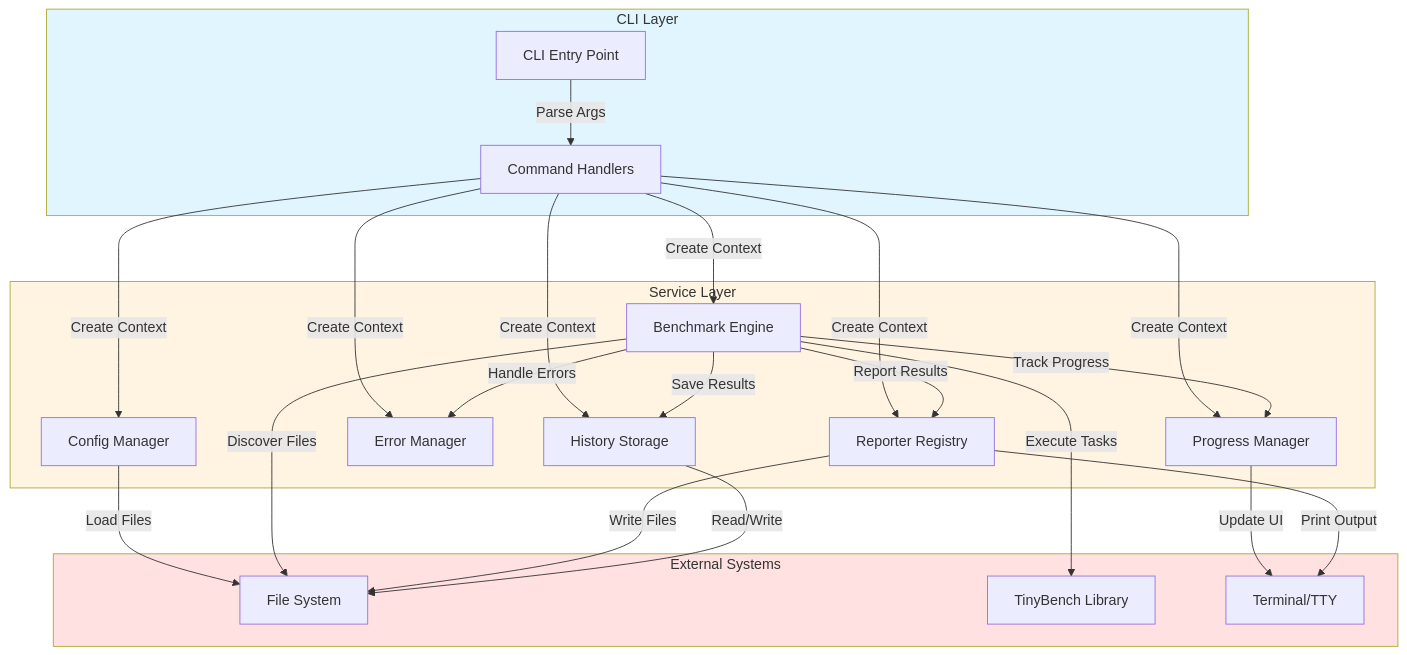
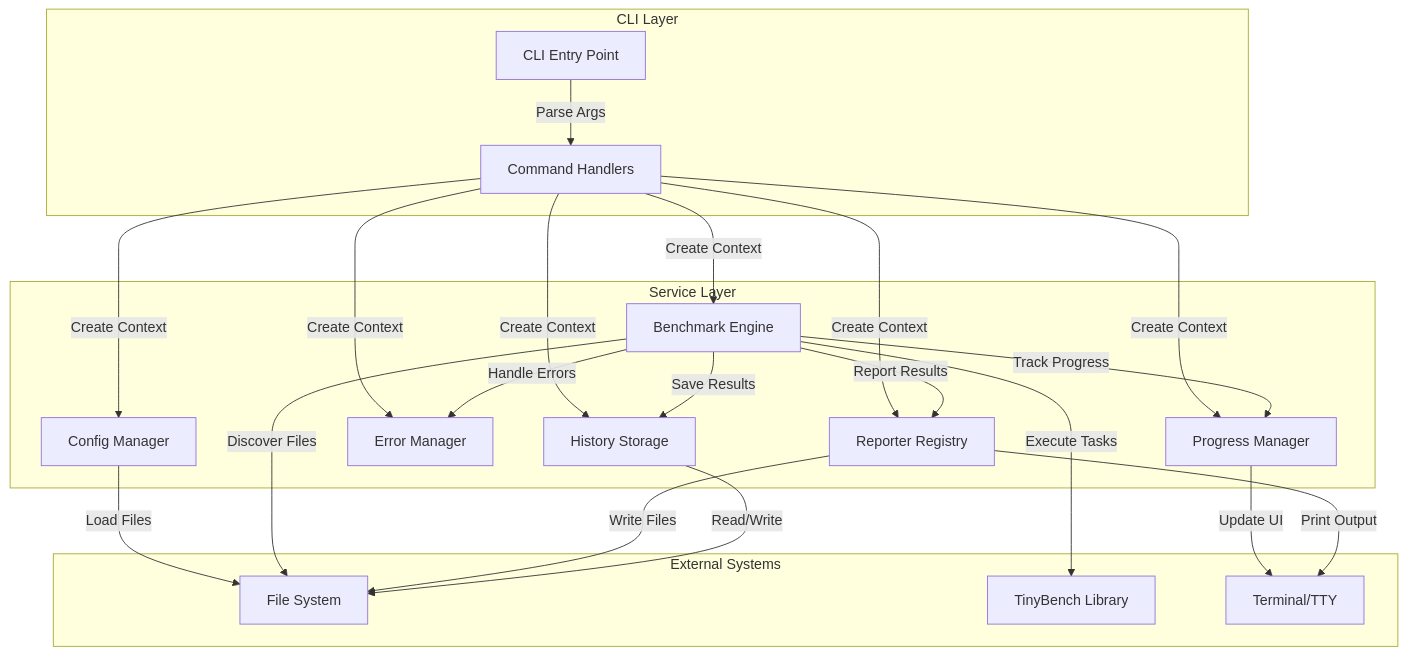
One commit to boneskull/modestbench changed the tenth of 11 diagrams in ARCHITECTURE.md. Above: the diagram before and after it, drawn with Mermaid. The commit also changed other lines of this file and 5 other files, not shown here.

Commit message:
docs(reference): fix mermaid graph

````diff
--- a/ARCHITECTURE.md
+++ b/ARCHITECTURE.md
@@ -1098,47 +1086,43 @@
 ```mermaid
 flowchart TB
     subgraph CLI["CLI Layer"]
         Entry[CLI Entry Point]
         Commands[Command Handlers]
     end
 
     subgraph Services["Service Layer"]
         Config[Config Manager]
         Engine[Benchmark Engine]
         Progress[Progress Manager]
         Error[Error Manager]
         Reporters[Reporter Registry]
         History[History Storage]
     end
 
     subgraph External["External Systems"]
         FS[File System]
         TinyBench[TinyBench Library]
         Terminal[Terminal/TTY]
     end
 
     Entry -->|Parse Args| Commands
     Commands -->|Create Context| Config
     Commands -->|Create Context| Engine
     Commands -->|Create Context| Progress
     Commands -->|Create Context| Error
     Commands -->|Create Context| Reporters
     Commands -->|Create Context| History
 
     Config -->|Load Files| FS
     Engine -->|Discover Files| FS
     Engine -->|Execute Tasks| TinyBench
     Engine -->|Track Progress| Progress
     Engine -->|Handle Errors| Error
     Engine -->|Report Results| Reporters
     Engine -->|Save Results| History
 
     Progress -->|Update UI| Terminal
     Reporters -->|Write Files| FS
     Reporters -->|Print Output| Terminal
     History -->|Read/Write| FS
-
-    style CLI fill:#e1f5ff
-    style Services fill:#fff4e1
-    style External fill:#ffe1e1
 ```
````
